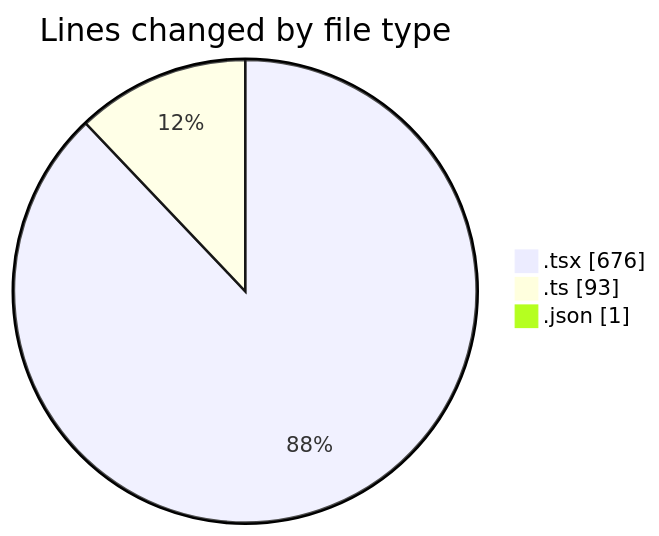
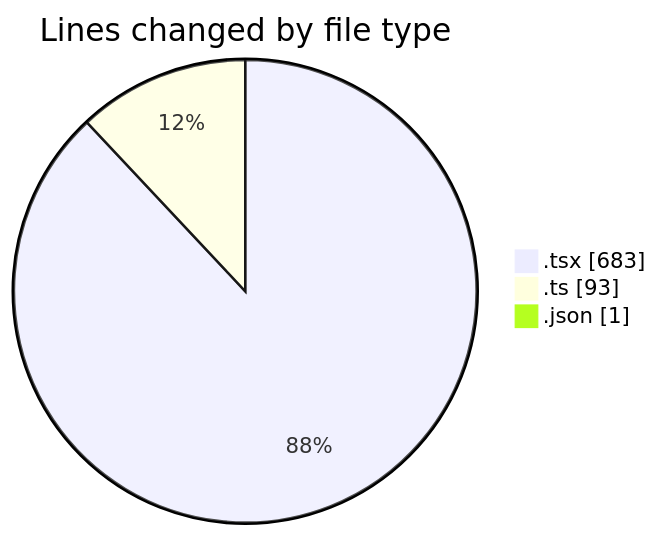
One commit to momahboobian/code-tracking changed the first of 2 diagrams in 2026-09-17/cda/README.md. Above: the diagram before and after it, drawn with Mermaid. The commit also changed other lines of this file and 1 other file, not shown here.

````diff
--- a/2026-09-17/cda/README.md
+++ b/2026-09-17/cda/README.md
@@ -31,7 +31,7 @@
 ```mermaid
 pie showData
 title Lines changed by file type
-".tsx" : 676
+".tsx" : 683
 ".ts" : 93
 ".json" : 1
 ```
````
